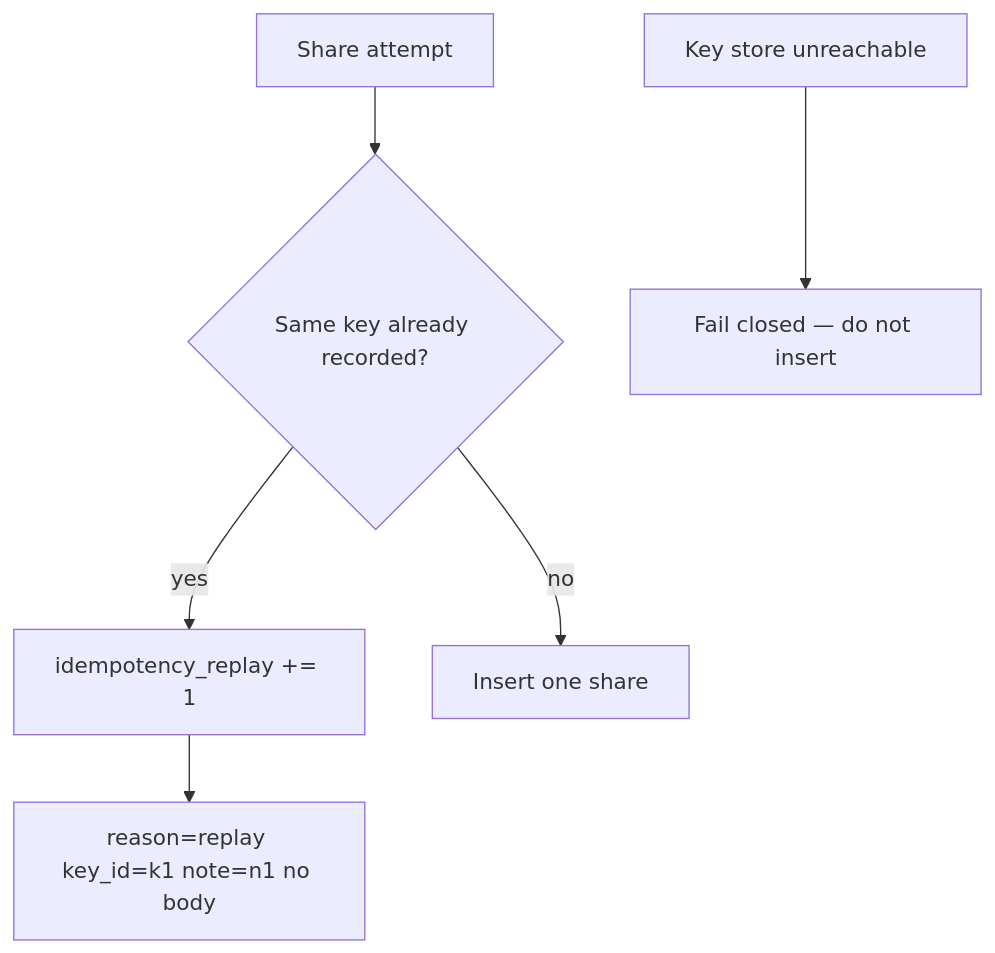
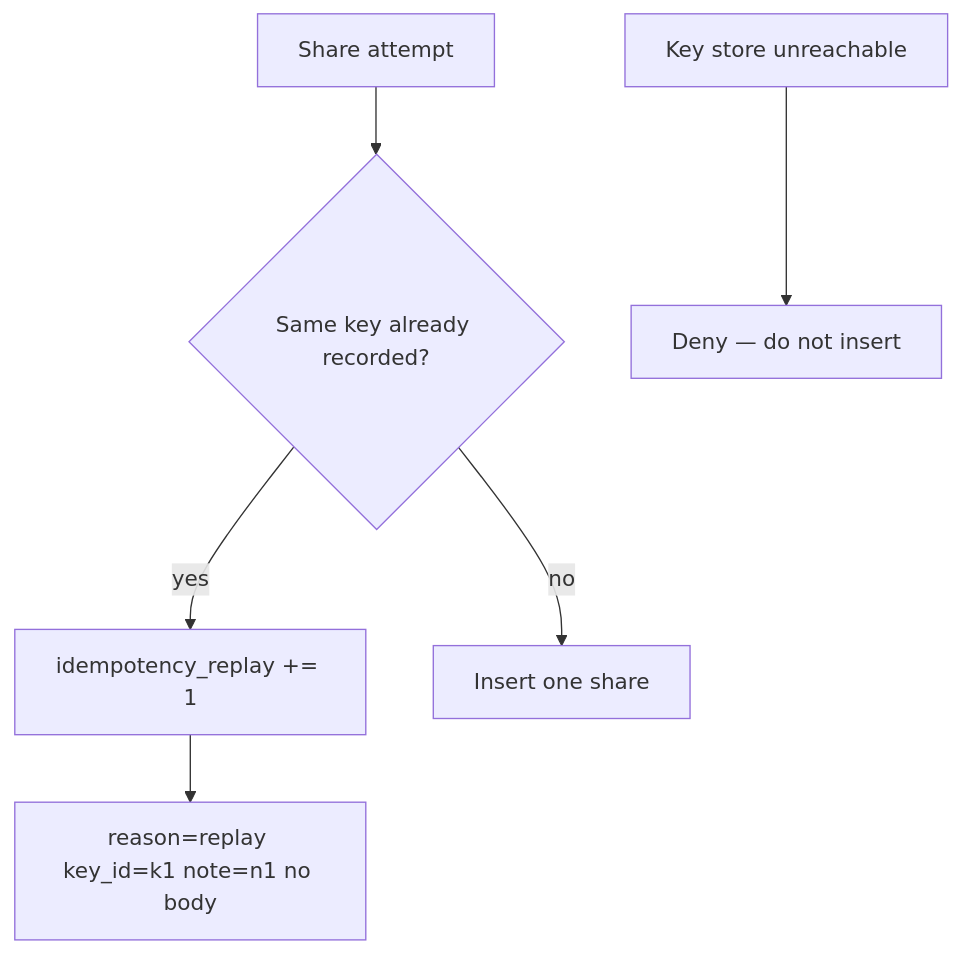
One commit to ishitvagoel/LearnSecurity changed the diagram in content/modules/2/2.4/lessons/06-operate.md. Above: the diagram before and after it, drawn with Mermaid. The commit also changed 38 other files, not shown here.

First line of the commit message:
Speak leftover verification-gate, ship-gate, and fail-closed jargon

````diff
--- a/content/modules/2/2.4/lessons/06-operate.md
+++ b/content/modules/2/2.4/lessons/06-operate.md
@@ -12,8 +12,8 @@
 ```mermaid
 flowchart TD
   Share[Share attempt] --> Dup{"Same key already recorded?"}
   Dup -->|yes| Metric["idempotency_replay += 1"]
   Metric --> Log["reason=replay key_id=k1 note=n1 no body"]
   Dup -->|no| Insert[Insert one share]
-  StoreDown[Key store unreachable] --> Closed["Fail closed — do not insert"]
+  StoreDown[Key store unreachable] --> Closed["Deny — do not insert"]
 ```
````
